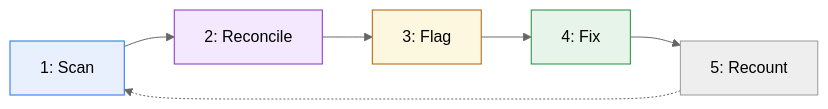
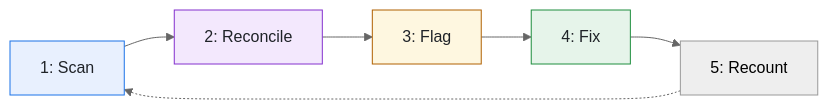
One commit to alex-yanchenko/skaldr changed the first of 5 diagrams in tests/golden/example.notion/page.md. Above: the diagram before and after it, drawn with Mermaid (neutral theme). The commit also changed other lines of this file and 13 other files, not shown here.

````diff
--- a/tests/golden/example.notion/page.md
+++ b/tests/golden/example.notion/page.md
@@ -26,17 +26,17 @@
 ```mermaid
 flowchart LR
     s1["1: Scan"]:::info
     s2["2: Reconcile"]:::accent
     s3["3: Flag"]:::warning
     s4["4: Fix"]:::success
     s5["5: Recount"]
     s1 --> s2
     s2 --> s3
     s3 --> s4
     s4 --> s5
     s5 -.-> s1
-    classDef accent fill:#f3e8fd,stroke:#8430ce
-    classDef info fill:#e8f0fe,stroke:#1a73e8
-    classDef success fill:#e6f4ea,stroke:#1e8e3e
-    classDef warning fill:#fef7e0,stroke:#b06000
+    classDef accent fill:#f3e8fd,stroke:#8430ce,color:#1f2328
+    classDef info fill:#e8f0fe,stroke:#1a73e8,color:#1f2328
+    classDef success fill:#e6f4ea,stroke:#1e8e3e,color:#1f2328
+    classDef warning fill:#fef7e0,stroke:#b06000,color:#1f2328
 ```
````
